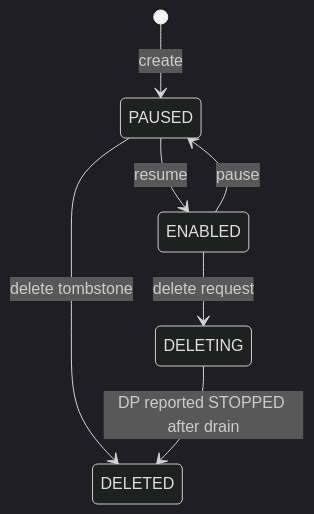
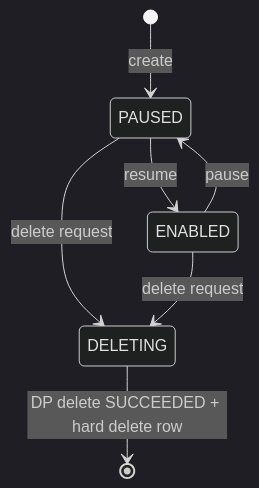
The third of 4 diagrams in god_view/mail/controlplane_mail_configuration_god_view.md (phucle996/aurora), drawn with Mermaid (dark theme) before and after one commit. The commit also changed other lines of this file and 79 other files, not shown here.

````diff
--- a/god_view/mail/controlplane_mail_configuration_god_view.md
+++ b/god_view/mail/controlplane_mail_configuration_god_view.md
@@ -135,9 +135,9 @@
 ```mermaid
 stateDiagram-v2
     [*] --> PAUSED: create
     PAUSED --> ENABLED: resume
     ENABLED --> PAUSED: pause
-    PAUSED --> DELETED: delete tombstone
+    PAUSED --> DELETING: delete request
     ENABLED --> DELETING: delete request
-    DELETING --> DELETED: DP reported STOPPED after drain
+    DELETING --> [*]: DP delete SUCCEEDED + hard delete row
 ```
````
